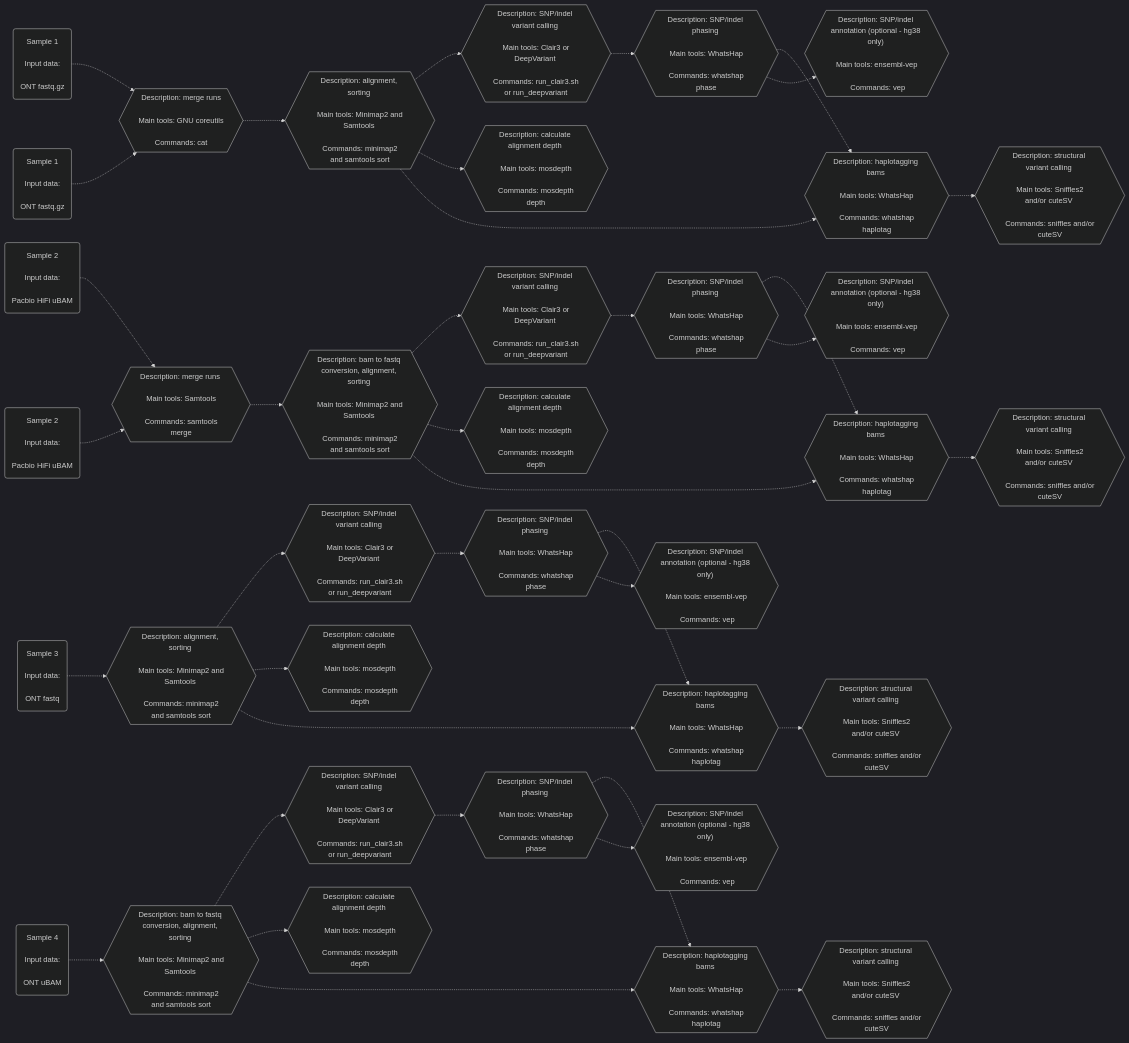
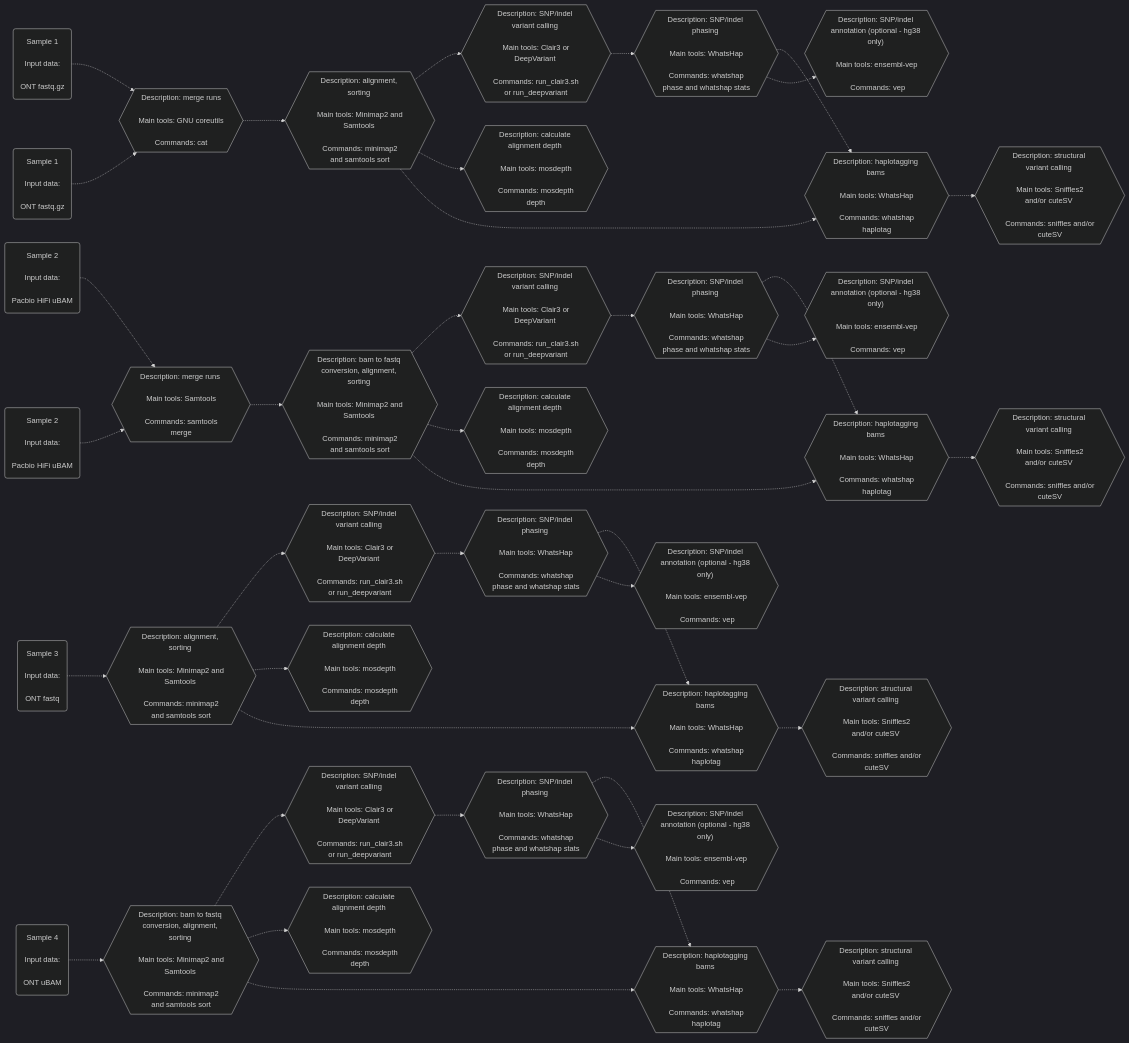
Before and after one commit to leahkemp/pipeface: the second of 2 diagrams in README.md, drawn with Mermaid.

Commit message:
update mermaid diagram

````diff
--- a/README.md
+++ b/README.md
@@ -39,73 +39,73 @@
 ```mermaid
 %%{init: {'theme':'dark'}}%%
 flowchart LR
 
 ont_data_f1("Sample 1 <br><br> Input data: <br><br> ONT fastq.gz")
 ont_data_f2("Sample 1 <br><br> Input data: <br><br> ONT fastq.gz")
 pacbio_data_f3("Sample 2 <br><br> Input data: <br><br> Pacbio HiFi uBAM")
 pacbio_data_f4("Sample 2 <br><br> Input data: <br><br> Pacbio HiFi uBAM")
 ont_data_f5("Sample 3 <br><br> Input data: <br><br> ONT fastq")
 ont_data_f6("Sample 4 <br><br> Input data: <br><br> ONT uBAM")
 
 merging_m1{{"Description: merge runs <br><br> Main tools: GNU coreutils <br><br> Commands: cat"}}
 merging_m2{{"Description: merge runs <br><br> Main tools: Samtools <br><br> Commands: samtools merge"}}
 
 alignment_s1{{"Description: alignment, sorting <br><br> Main tools: Minimap2 and Samtools <br><br> Commands: minimap2 and samtools sort"}}
 alignment_s2{{"Description: alignment, sorting <br><br> Main tools: Minimap2 and Samtools <br><br> Commands: minimap2 and samtools sort"}}
 alignment_s3{{"Description: bam to fastq conversion, alignment, sorting <br><br> Main tools: Minimap2 and Samtools <br><br> Commands: minimap2 and samtools sort"}}
 alignment_s4{{"Description: bam to fastq conversion, alignment, sorting <br><br> Main tools: Minimap2 and Samtools <br><br> Commands: minimap2 and samtools sort"}}
 
 depth_s1{{"Description: calculate alignment depth <br><br> Main tools: mosdepth <br><br> Commands: mosdepth depth"}}
 depth_s2{{"Description: calculate alignment depth <br><br> Main tools: mosdepth <br><br> Commands: mosdepth depth"}}
 depth_s3{{"Description: calculate alignment depth <br><br> Main tools: mosdepth <br><br> Commands: mosdepth depth"}}
 depth_s4{{"Description: calculate alignment depth <br><br> Main tools: mosdepth <br><br> Commands: mosdepth depth"}}
 
 snp_indel_calling_s1{{"Description: SNP/indel variant calling <br><br> Main tools: Clair3 or DeepVariant <br><br> Commands: run_clair3.sh or run_deepvariant"}}
 snp_indel_calling_s2{{"Description: SNP/indel variant calling <br><br> Main tools: Clair3 or DeepVariant <br><br> Commands: run_clair3.sh or run_deepvariant"}}
 snp_indel_calling_s3{{"Description: SNP/indel variant calling <br><br> Main tools: Clair3 or DeepVariant <br><br> Commands: run_clair3.sh or run_deepvariant"}}
 snp_indel_calling_s4{{"Description: SNP/indel variant calling <br><br> Main tools: Clair3 or DeepVariant <br><br> Commands: run_clair3.sh or run_deepvariant"}}
 
-snp_indel_phasing_s1{{"Description: SNP/indel phasing <br><br> Main tools: WhatsHap <br><br> Commands: whatshap phase"}}
-snp_indel_phasing_s2{{"Description: SNP/indel phasing <br><br> Main tools: WhatsHap <br><br> Commands: whatshap phase"}}
-snp_indel_phasing_s3{{"Description: SNP/indel phasing <br><br> Main tools: WhatsHap <br><br> Commands: whatshap phase"}}
-snp_indel_phasing_s4{{"Description: SNP/indel phasing <br><br> Main tools: WhatsHap <br><br> Commands: whatshap phase"}}
+snp_indel_phasing_s1{{"Description: SNP/indel phasing <br><br> Main tools: WhatsHap <br><br> Commands: whatshap phase and whatshap stats"}}
+snp_indel_phasing_s2{{"Description: SNP/indel phasing <br><br> Main tools: WhatsHap <br><br> Commands: whatshap phase and whatshap stats"}}
+snp_indel_phasing_s3{{"Description: SNP/indel phasing <br><br> Main tools: WhatsHap <br><br> Commands: whatshap phase and whatshap stats"}}
+snp_indel_phasing_s4{{"Description: SNP/indel phasing <br><br> Main tools: WhatsHap <br><br> Commands: whatshap phase and whatshap stats"}}
 
 snp_indel_annotation_s1{{"Description: SNP/indel annotation (optional - hg38 only)" <br><br> Main tools: ensembl-vep <br><br> Commands: vep}}
 snp_indel_annotation_s2{{"Description: SNP/indel annotation (optional - hg38 only)" <br><br> Main tools: ensembl-vep <br><br> Commands: vep}}
 snp_indel_annotation_s3{{"Description: SNP/indel annotation (optional - hg38 only)" <br><br> Main tools: ensembl-vep <br><br> Commands: vep}}
 snp_indel_annotation_s4{{"Description: SNP/indel annotation (optional - hg38 only)" <br><br> Main tools: ensembl-vep <br><br> Commands: vep}}
 
 haplotagging_s1{{"Description: haplotagging bams <br><br> Main tools: WhatsHap <br><br> Commands: whatshap haplotag"}}
 haplotagging_s2{{"Description: haplotagging bams <br><br> Main tools: WhatsHap <br><br> Commands: whatshap haplotag"}}
 haplotagging_s3{{"Description: haplotagging bams <br><br> Main tools: WhatsHap <br><br> Commands: whatshap haplotag"}}
 haplotagging_s4{{"Description: haplotagging bams <br><br> Main tools: WhatsHap <br><br> Commands: whatshap haplotag"}}
 
 sv_calling_s1{{"Description: structural variant calling <br><br> Main tools: Sniffles2 and/or cuteSV <br><br> Commands: sniffles and/or cuteSV"}}
 sv_calling_s2{{"Description: structural variant calling <br><br> Main tools: Sniffles2 and/or cuteSV <br><br> Commands: sniffles and/or cuteSV"}}
 sv_calling_s3{{"Description: structural variant calling <br><br> Main tools: Sniffles2 and/or cuteSV <br><br> Commands: sniffles and/or cuteSV"}}
 sv_calling_s4{{"Description: structural variant calling <br><br> Main tools: Sniffles2 and/or cuteSV <br><br> Commands: sniffles and/or cuteSV"}}
 
 ont_data_f1-.->merging_m1-.->alignment_s1-.->snp_indel_calling_s1-.->snp_indel_phasing_s1-.->haplotagging_s1-.->sv_calling_s1
 ont_data_f2-.->merging_m1
 ont_data_f5-.->alignment_s2-.->snp_indel_calling_s2-.->snp_indel_phasing_s2-.->haplotagging_s2-.->sv_calling_s2
 ont_data_f6-.->alignment_s3-.->snp_indel_calling_s3-.->snp_indel_phasing_s3-.->haplotagging_s3-.->sv_calling_s3
 
 pacbio_data_f3-.->merging_m2-.->alignment_s4-.->snp_indel_calling_s4-.->snp_indel_phasing_s4-.->haplotagging_s4-.->sv_calling_s4
 pacbio_data_f4-.->merging_m2
 
 alignment_s1-.->depth_s1
 alignment_s2-.->depth_s2
 alignment_s3-.->depth_s3
 alignment_s4-.->depth_s4
 
 alignment_s1-.->haplotagging_s1
 alignment_s2-.->haplotagging_s2
 alignment_s3-.->haplotagging_s3
 alignment_s4-.->haplotagging_s4
 
 snp_indel_phasing_s1-.->snp_indel_annotation_s1
 snp_indel_phasing_s2-.->snp_indel_annotation_s2
 snp_indel_phasing_s3-.->snp_indel_annotation_s3
 snp_indel_phasing_s4-.->snp_indel_annotation_s4
 
 ```
````
